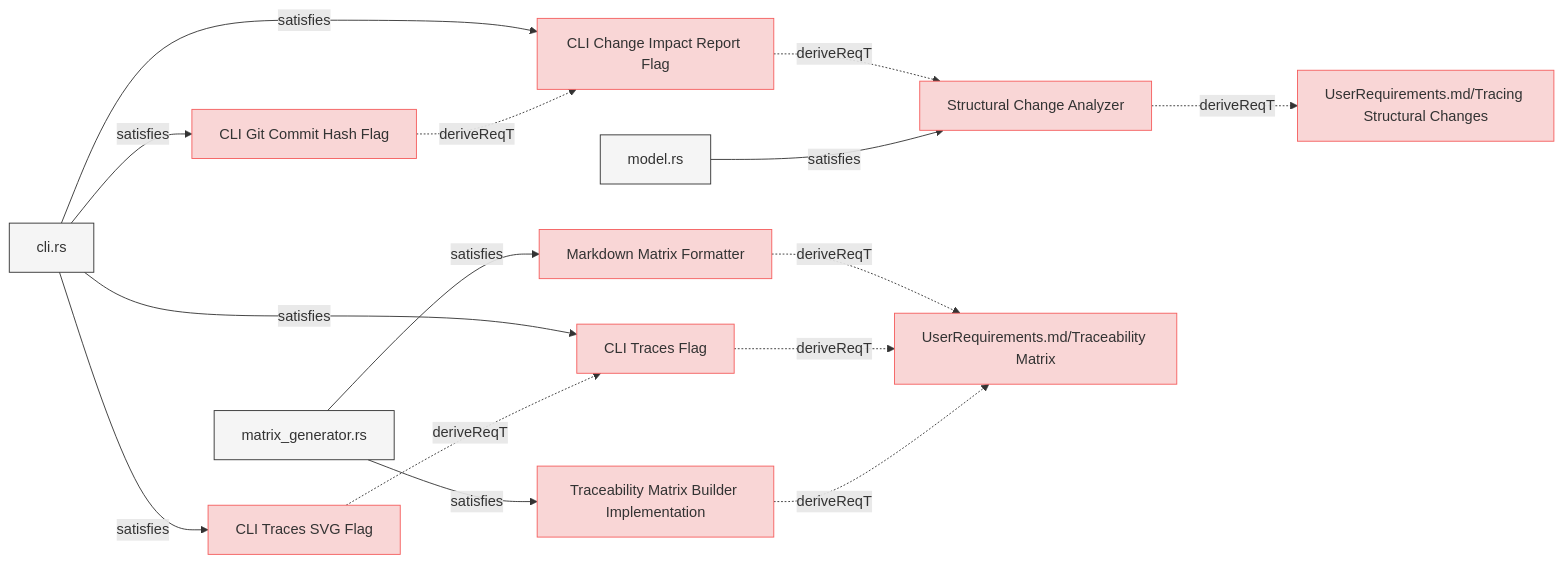
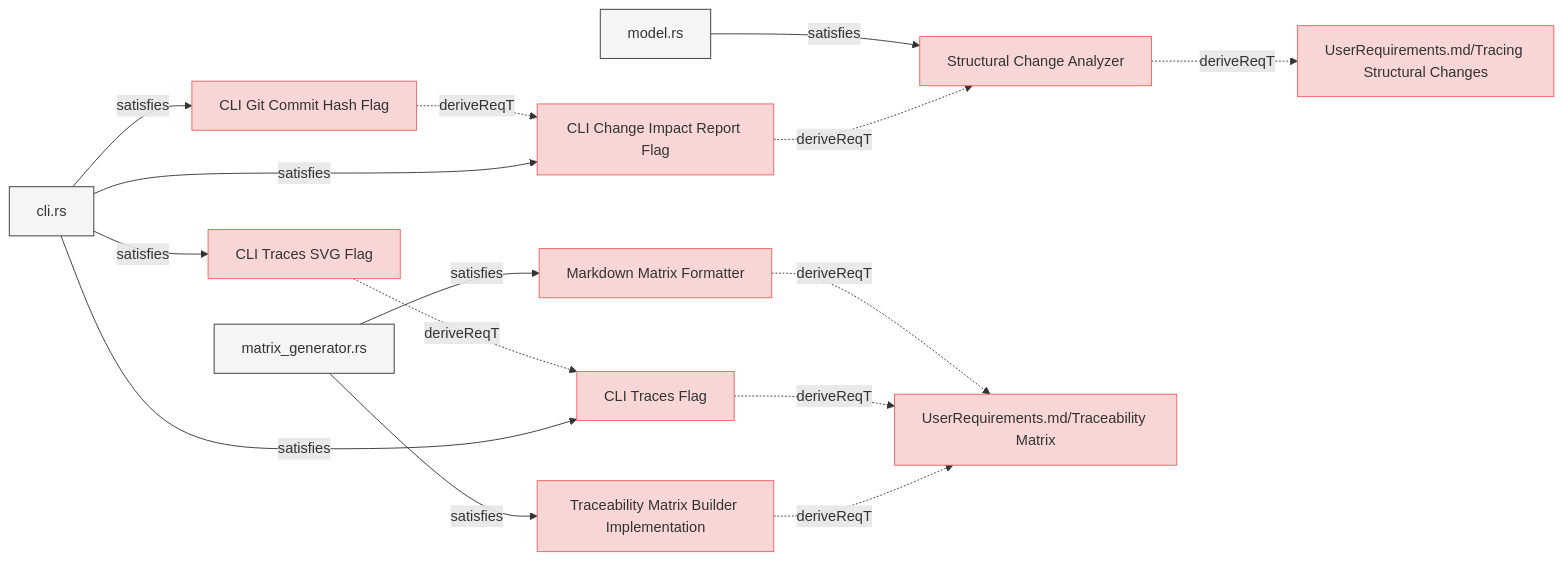
One commit to reqvire-org/reqvire changed the fifth of 8 diagrams in specifications/SystemRequirements/Requirements.md. Above: the diagram before and after it, drawn with Mermaid. The commit also changed other lines of this file and 18 other files, not shown here.

````diff
--- a/specifications/SystemRequirements/Requirements.md
+++ b/specifications/SystemRequirements/Requirements.md
@@ -616,71 +616,71 @@
 ```mermaid
 graph LR;
   %% Graph styling
   classDef requirement fill:#f9d6d6,stroke:#f55f5f,stroke-width:1px;
   classDef verification fill:#d6f9d6,stroke:#5fd75f,stroke-width:1px;
   classDef externalLink fill:#d0e0ff,stroke:#3080ff,stroke-width:1px;
   classDef default fill:#f5f5f5,stroke:#333333,stroke-width:1px;
 
-  d62e8e714c37d1ad["CLI Change Impact Report Flag"];
-  class d62e8e714c37d1ad requirement;
-  click d62e8e714c37d1ad "Requirements.md#cli-change-impact-report-flag";
   d34d7e14d2a235a2["Structural Change Analyzer"];
   class d34d7e14d2a235a2 requirement;
   click d34d7e14d2a235a2 "Requirements.md#structural-change-analyzer";
-  d62e8e714c37d1ad -.->|deriveReqT| d34d7e14d2a235a2;
-  80defdd4cbc7ee18["cli.rs"];
-  class 80defdd4cbc7ee18 default;
-  click 80defdd4cbc7ee18 "../../cli/src/cli.rs";
-  80defdd4cbc7ee18 -->|satisfies| d62e8e714c37d1ad;
   d7b7b13a5b8d96e1["UserRequirements.md/Tracing Structural Changes"];
   class d7b7b13a5b8d96e1 requirement;
   click d7b7b13a5b8d96e1 "../UserRequirements.md#tracing-structural-changes";
   d34d7e14d2a235a2 -.->|deriveReqT| d7b7b13a5b8d96e1;
   4b89dbed94c08c3e["model.rs"];
   class 4b89dbed94c08c3e default;
   click 4b89dbed94c08c3e "../../core/src/change_impact.rs";
   4b89dbed94c08c3e -->|satisfies| d34d7e14d2a235a2;
+  1d9a1c502316e443["CLI Traces SVG Flag"];
+  class 1d9a1c502316e443 requirement;
+  click 1d9a1c502316e443 "Requirements.md#cli-traces-svg-flag";
+  cb36e164a6ea70ff["CLI Traces Flag"];
+  class cb36e164a6ea70ff requirement;
+  click cb36e164a6ea70ff "Requirements.md#cli-traces-flag";
+  1d9a1c502316e443 -.->|deriveReqT| cb36e164a6ea70ff;
+  80defdd4cbc7ee18["cli.rs"];
+  class 80defdd4cbc7ee18 default;
+  click 80defdd4cbc7ee18 "../../cli/src/cli.rs";
+  80defdd4cbc7ee18 -->|satisfies| 1d9a1c502316e443;
   6c40e66699ba40dd["CLI Git Commit Hash Flag"];
   class 6c40e66699ba40dd requirement;
   click 6c40e66699ba40dd "Requirements.md#cli-git-commit-hash-flag";
+  d62e8e714c37d1ad["CLI Change Impact Report Flag"];
+  class d62e8e714c37d1ad requirement;
+  click d62e8e714c37d1ad "Requirements.md#cli-change-impact-report-flag";
   6c40e66699ba40dd -.->|deriveReqT| d62e8e714c37d1ad;
   80defdd4cbc7ee18["cli.rs"];
   class 80defdd4cbc7ee18 default;
   click 80defdd4cbc7ee18 "../../cli/src/cli.rs";
   80defdd4cbc7ee18 -->|satisfies| 6c40e66699ba40dd;
   1b7491b67a792bc9["Markdown Matrix Formatter"];
   class 1b7491b67a792bc9 requirement;
   click 1b7491b67a792bc9 "Requirements.md#markdown-matrix-formatter";
   4e30ea0930dc9c26["UserRequirements.md/Traceability Matrix"];
   class 4e30ea0930dc9c26 requirement;
   click 4e30ea0930dc9c26 "../UserRequirements.md#traceability-matrix";
   1b7491b67a792bc9 -.->|deriveReqT| 4e30ea0930dc9c26;
   16bf75b57622c10["matrix_generator.rs"];
   class 16bf75b57622c10 default;
   click 16bf75b57622c10 "../../core/src/matrix_generator.rs";
   16bf75b57622c10 -->|satisfies| 1b7491b67a792bc9;
-  cb36e164a6ea70ff["CLI Traces Flag"];
-  class cb36e164a6ea70ff requirement;
-  click cb36e164a6ea70ff "Requirements.md#cli-traces-flag";
   cb36e164a6ea70ff -.->|deriveReqT| 4e30ea0930dc9c26;
   80defdd4cbc7ee18["cli.rs"];
   class 80defdd4cbc7ee18 default;
   click 80defdd4cbc7ee18 "../../cli/src/cli.rs";
   80defdd4cbc7ee18 -->|satisfies| cb36e164a6ea70ff;
+  d62e8e714c37d1ad -.->|deriveReqT| d34d7e14d2a235a2;
+  80defdd4cbc7ee18["cli.rs"];
+  class 80defdd4cbc7ee18 default;
+  click 80defdd4cbc7ee18 "../../cli/src/cli.rs";
+  80defdd4cbc7ee18 -->|satisfies| d62e8e714c37d1ad;
   b55d8517cd3e58["Traceability Matrix Builder Implementation"];
   class b55d8517cd3e58 requirement;
   click b55d8517cd3e58 "Requirements.md#traceability-matrix-builder-implementation";
   b55d8517cd3e58 -.->|deriveReqT| 4e30ea0930dc9c26;
   16bf75b57622c10["matrix_generator.rs"];
   class 16bf75b57622c10 default;
   click 16bf75b57622c10 "../../core/src/matrix_generator.rs";
   16bf75b57622c10 -->|satisfies| b55d8517cd3e58;
-  1d9a1c502316e443["CLI Traces SVG Flag"];
-  class 1d9a1c502316e443 requirement;
-  click 1d9a1c502316e443 "Requirements.md#cli-traces-svg-flag";
-  1d9a1c502316e443 -.->|deriveReqT| cb36e164a6ea70ff;
-  80defdd4cbc7ee18["cli.rs"];
-  class 80defdd4cbc7ee18 default;
-  click 80defdd4cbc7ee18 "../../cli/src/cli.rs";
-  80defdd4cbc7ee18 -->|satisfies| 1d9a1c502316e443;
 ```
````
